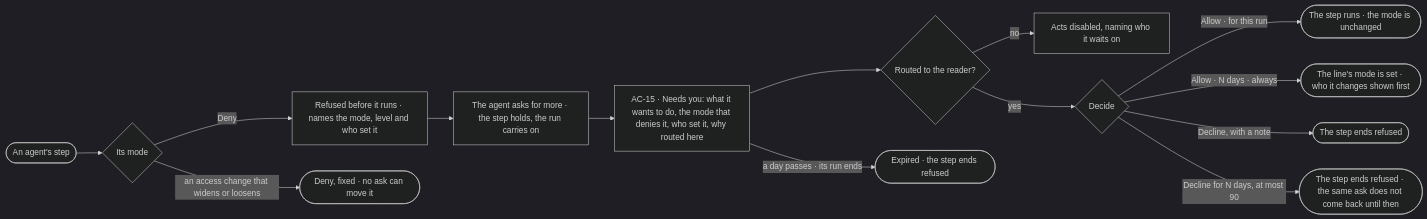
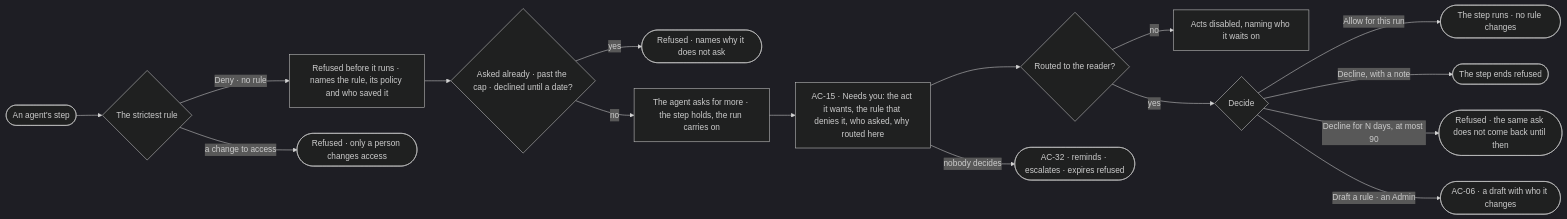
Before and after one commit to invana/invana: the diagram in specs/os/access/features/AC-F04-what-an-agent-may-touch/stories/AC-14-a-blocked-agent-asks-for-more/story.md, drawn with Mermaid (dark theme). The commit also changed other lines of this file and 522 other files, not shown here.

````diff
--- a/specs/os/access/features/AC-F04-what-an-agent-may-touch/stories/AC-14-a-blocked-agent-asks-for-more/story.md
+++ b/specs/os/access/features/AC-F04-what-an-agent-may-touch/stories/AC-14-a-blocked-agent-asks-for-more/story.md
@@ -27,16 +27,18 @@
 ```mermaid
 flowchart LR
-  s([An agent's step]) --> b{"Its mode"}
-  b -->|Deny| r["Refused before it runs · names the mode, level and who set it"]
-  r --> a["The agent asks for more · the step holds, the run carries on"]
-  a --> n["AC-15 · Needs you: what it wants to do, the mode that denies it, who set it, why routed here"]
+  s([An agent's step]) --> b{"The strictest rule"}
+  b -->|Deny · no rule| r["Refused before it runs · names the rule, its policy and who saved it"]
+  r --> c{"Asked already · past the cap · declined until a date?"}
+  c -->|yes| stop(["Refused · names why it does not ask"])
+  c -->|no| a["The agent asks for more · the step holds, the run carries on"]
+  a --> n["AC-15 · Needs you: the act it wants, the rule that denies it, who asked, why routed here"]
   n --> w{"Routed to the reader?"}
   w -->|no| ro["Acts disabled, naming who it waits on"]
   w -->|yes| d{"Decide"}
-  d -->|Allow · for this run| go(["The step runs · the mode is unchanged"])
-  d -->|Allow · N days · always| line(["The line's mode is set · who it changes shown first"])
+  d -->|Allow for this run| go(["The step runs · no rule changes"])
   d -->|Decline, with a note| no(["The step ends refused"])
-  d -->|Decline for N days, at most 90| nd(["The step ends refused · the same ask does not come back until then"])
-  n -->|a day passes · its run ends| ex(["Expired · the step ends refused"])
-  b -->|an access change that widens or loosens| fx(["Deny, fixed · no ask can move it"])
+  d -->|Decline for N days, at most 90| nd(["Refused · the same ask does not come back until then"])
+  d -->|Draft a rule · an Admin| dr(["AC-06 · a draft with who it changes"])
+  n -->|nobody decides| ex(["AC-32 · reminds · escalates · expires refused"])
+  b -->|a change to access| fx(["Refused · only a person changes access"])
 ```
````
